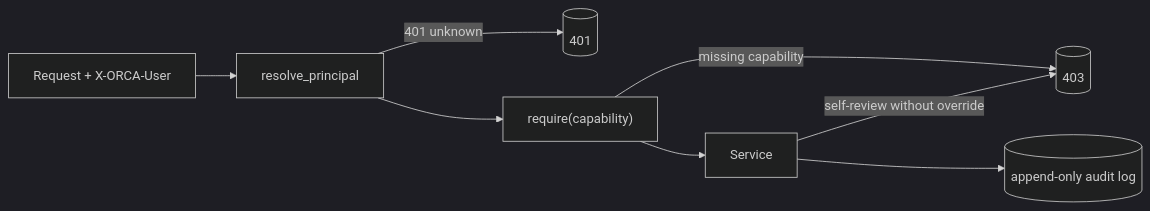
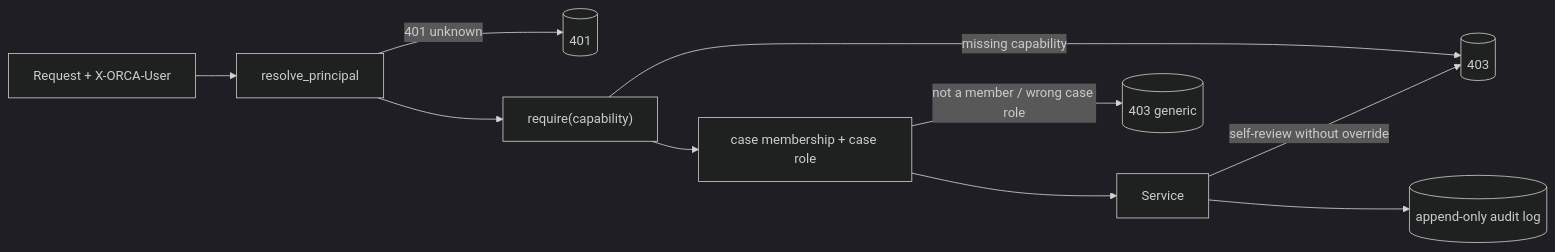
Before and after one commit to SingSongScreamAlong/ORCA: the fifth of 5 diagrams in docs/architecture.md, drawn with Mermaid (dark theme). The commit also changed other lines of this file and 46 other files, not shown here.

````diff
--- a/docs/architecture.md
+++ b/docs/architecture.md
@@ -205,10 +211,12 @@
 ```mermaid
 graph LR
     REQ[Request + X-ORCA-User] --> AUTH[resolve_principal]
     AUTH -->|401 unknown| OUT1[(401)]
     AUTH --> GUARD["require(capability)"]
     GUARD -->|missing capability| OUT2[(403)]
-    GUARD --> SVC[Service]
+    GUARD --> CASE["case membership + case role"]
+    CASE -->|not a member / wrong case role| OUT3[(403 generic)]
+    CASE --> SVC[Service]
     SVC -->|self-review without override| OUT2
     SVC --> AUDIT[(append-only audit log)]
 ```
````
